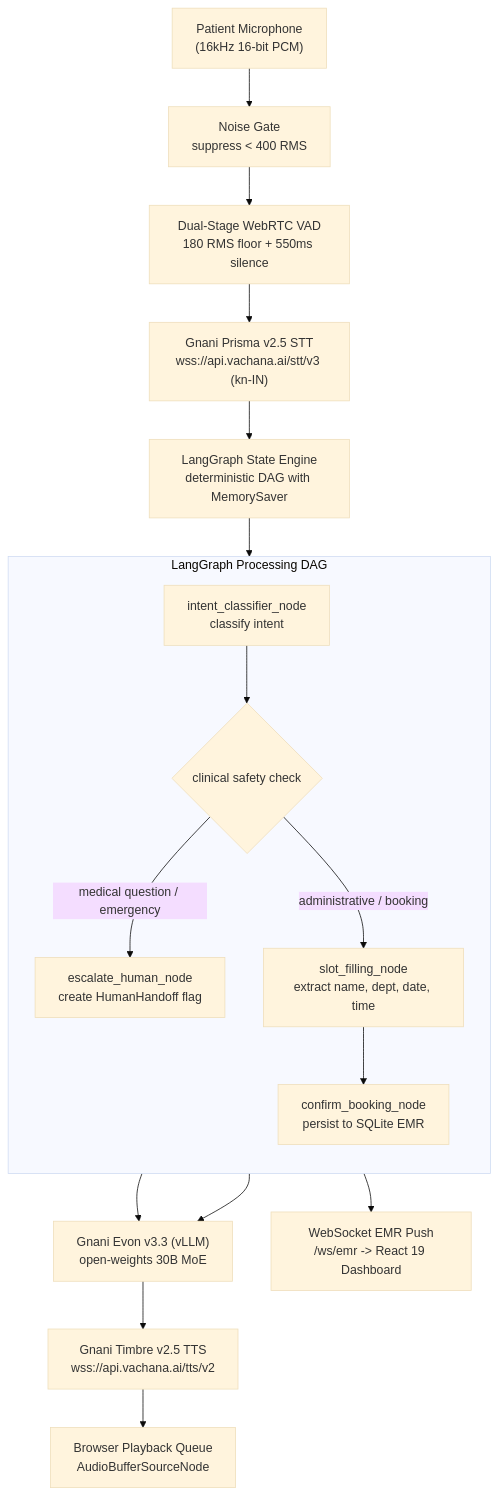
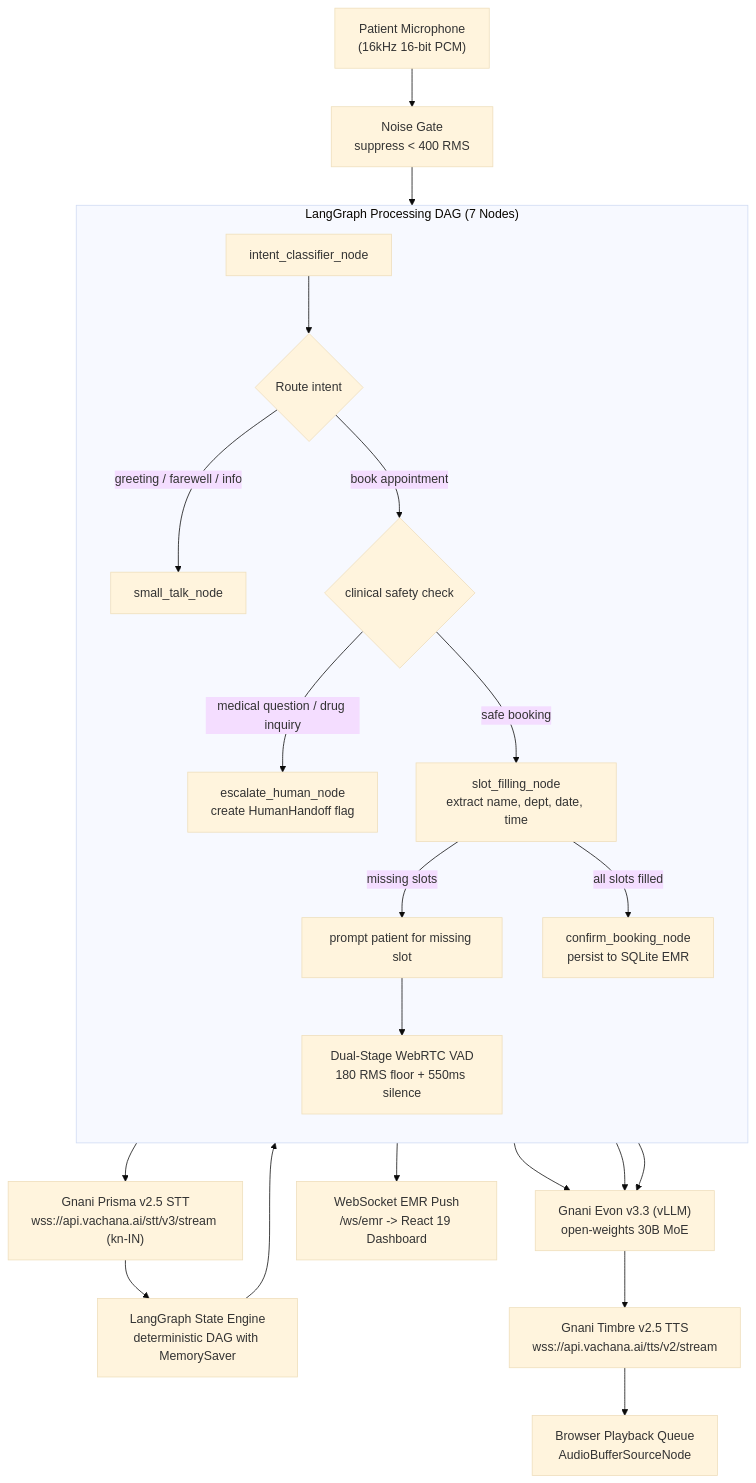
Before and after one commit to sm-daniyal/sahaya-vani: the first of 2 diagrams in README.md, drawn with Mermaid (base theme). The commit also changed other lines of this file, not shown here.

````diff
--- a/README.md
+++ b/README.md
@@ -75,22 +98,27 @@
 ```mermaid
 flowchart TB
-    MIC["Patient Microphone<br/>(16kHz 16-bit PCM)"] --> NG["Noise Gate<br/>suppress < 400 RMS"]
+    MIC["Patient Microphone<br/>(16kHz 16-bit PCM)"] --> NG["Noise Gate<br/>suppress &lt; 400 RMS"]
     NG --> VAD["Dual-Stage WebRTC VAD<br/>180 RMS floor + 550ms silence"]
-    VAD --> STT["Gnani Prisma v2.5 STT<br/>wss://api.vachana.ai/stt/v3 (kn-IN)"]
+    VAD --> STT["Gnani Prisma v2.5 STT<br/>wss://api.vachana.ai/stt/v3/stream (kn-IN)"]
     STT --> GRAPH["LangGraph State Engine<br/>deterministic DAG with MemorySaver"]
     
-    subgraph GRAPH_EXEC["LangGraph Processing DAG"]
+    subgraph GRAPH_EXEC["LangGraph Processing DAG (7 Nodes)"]
         direction TB
-        G1["intent_classifier_node<br/>classify intent"] --> S1{"clinical safety check"}
-        S1 -- "medical question / emergency" --> ESC["escalate_human_node<br/>create HumanHandoff flag"]
-        S1 -- "administrative / booking" --> SF["slot_filling_node<br/>extract name, dept, date, time"]
-        SF --> CONF["confirm_booking_node<br/>persist to SQLite EMR"]
+        G1["intent_classifier_node"] --> ROUTE{"Route intent"}
+        ROUTE -- "greeting / farewell / info" --> ST_NODE["small_talk_node"]
+        ROUTE -- "book appointment" --> S1{"clinical safety check"}
+        S1 -- "medical question / drug inquiry" --> ESC["escalate_human_node<br/>create HumanHandoff flag"]
+        S1 -- "safe booking" --> SF["slot_filling_node<br/>extract name, dept, date, time"]
+        SF -- "missing slots" --> PROMPT["prompt patient for missing slot"]
+        PROMPT --> VAD
+        SF -- "all slots filled" --> CONF["confirm_booking_node<br/>persist to SQLite EMR"]
     end
 
     GRAPH --> GRAPH_EXEC
     CONF --> LLM["Gnani Evon v3.3 (vLLM)<br/>open-weights 30B MoE"]
     ESC --> LLM
-    LLM --> TTS["Gnani Timbre v2.5 TTS<br/>wss://api.vachana.ai/tts/v2"]
+    ST_NODE --> LLM
+    LLM --> TTS["Gnani Timbre v2.5 TTS<br/>wss://api.vachana.ai/tts/v2/stream"]
     TTS --> SPK["Browser Playback Queue<br/>AudioBufferSourceNode"]
     CONF --> EMR["WebSocket EMR Push<br/>/ws/emr -> React 19 Dashboard"]
 ```
````
